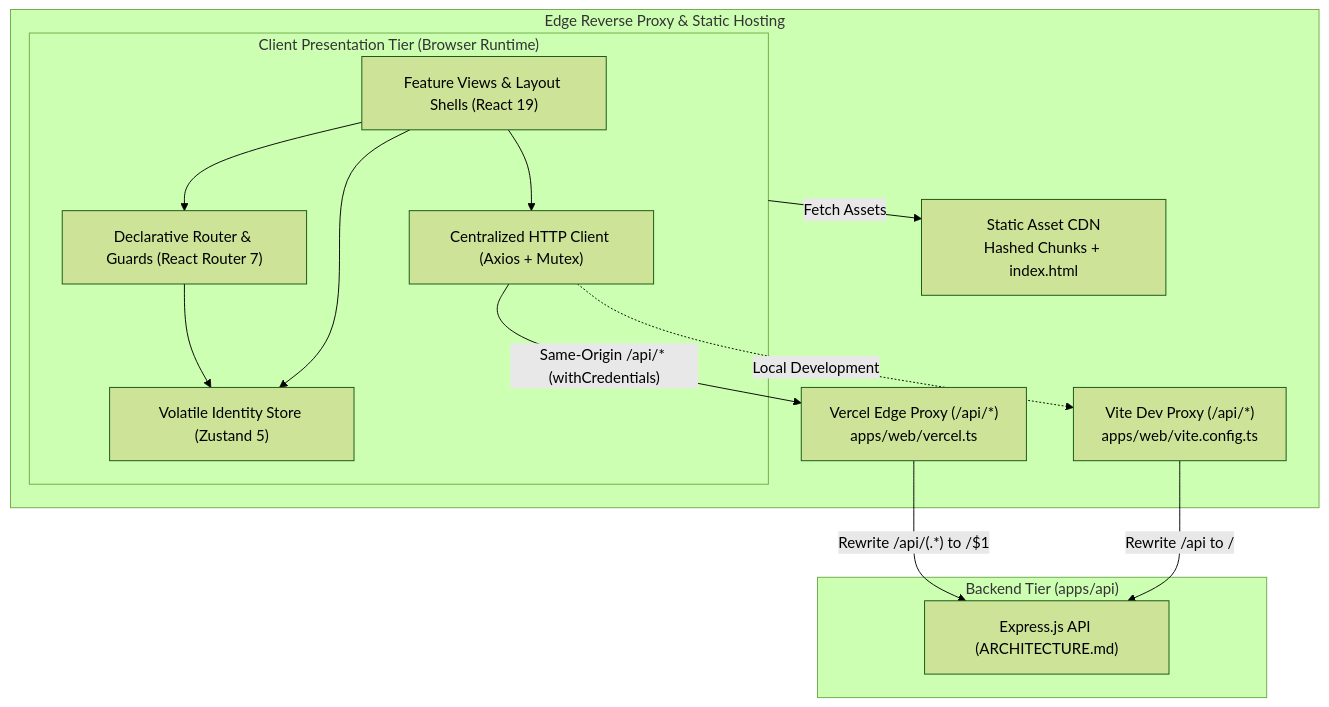
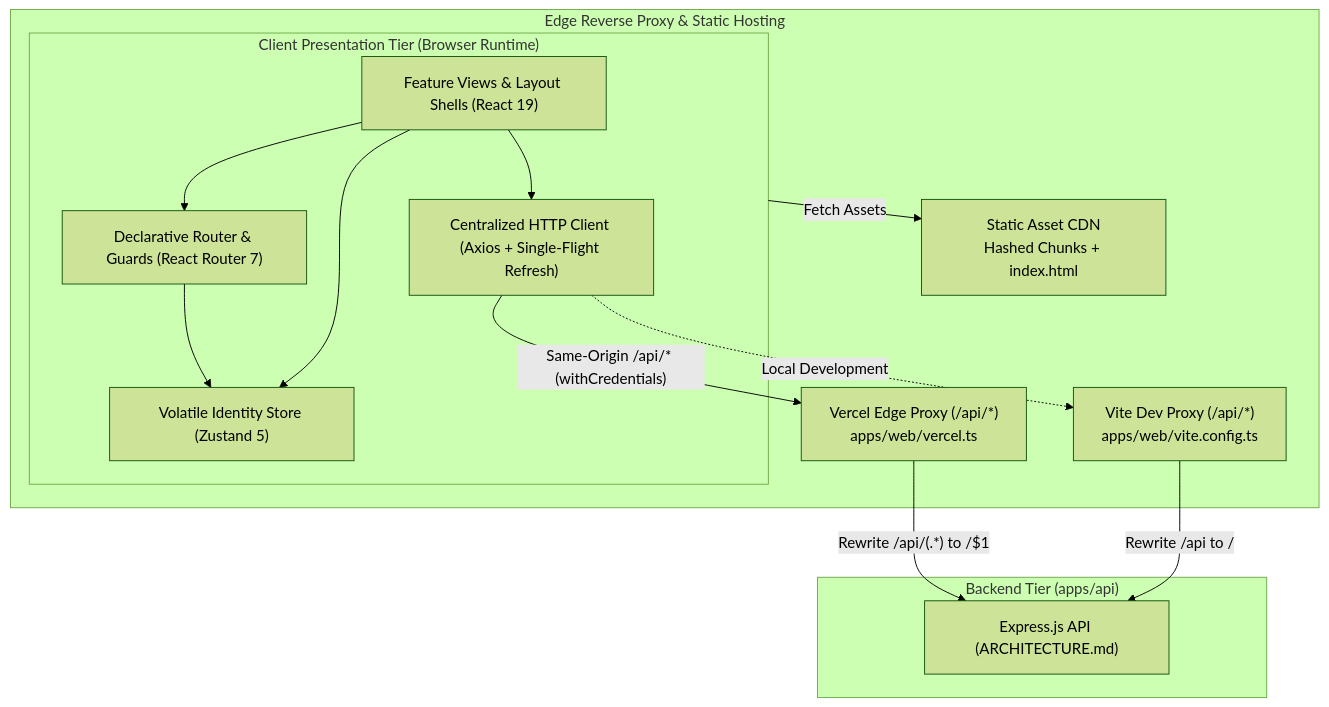
The first of 9 diagrams in docs/FRONTEND_ARCHITECTURE.md (utkarshj014/authsphere), drawn with Mermaid (forest theme) before and after one commit. The commit also changed other lines of this file and 5 other files, not shown here.

````diff
--- a/docs/FRONTEND_ARCHITECTURE.md
+++ b/docs/FRONTEND_ARCHITECTURE.md
@@ -33,30 +33,30 @@
 ```mermaid
 flowchart TD
     subgraph Browser ["Client Presentation Tier (Browser Runtime)"]
         UI["Feature Views & Layout Shells (React 19)"]
         Router["Declarative Router & Guards (React Router 7)"]
         Store["Volatile Identity Store (Zustand 5)"]
-        Client["Centralized HTTP Client (Axios + Mutex)"]
+        Client["Centralized HTTP Client (Axios + Single-Flight Refresh)"]
 
         UI --> Router
         Router --> Store
         UI --> Store
         UI --> Client
     end
 
     subgraph Edge ["Edge Reverse Proxy & Static Hosting"]
         EdgeProxy["Vercel Edge Proxy (/api/*)<br/>apps/web/vercel.ts"]
         DevProxy["Vite Dev Proxy (/api/*)<br/>apps/web/vite.config.ts"]
         CDN["Static Asset CDN<br/>Hashed Chunks + index.html"]
 
         Client -->|"Same-Origin /api/* (withCredentials)"| EdgeProxy
         Client -.->|"Local Development"| DevProxy
         Browser -->|"Fetch Assets"| CDN
     end
 
     subgraph Backend ["Backend Tier (apps/api)"]
         API["Express.js API (ARCHITECTURE.md)"]
         EdgeProxy -->|"Rewrite /api/(.*) to /$1"| API
         DevProxy -->|"Rewrite /api to /"| API
     end
 ```
````
